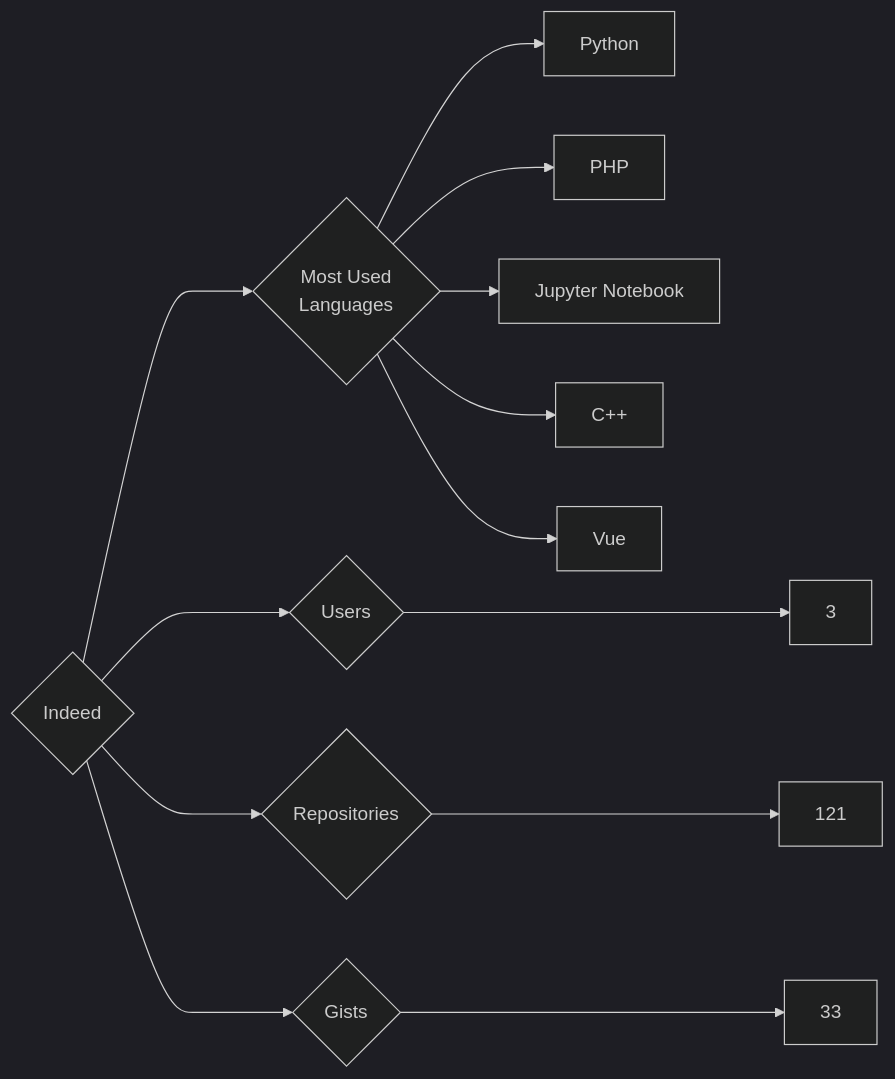
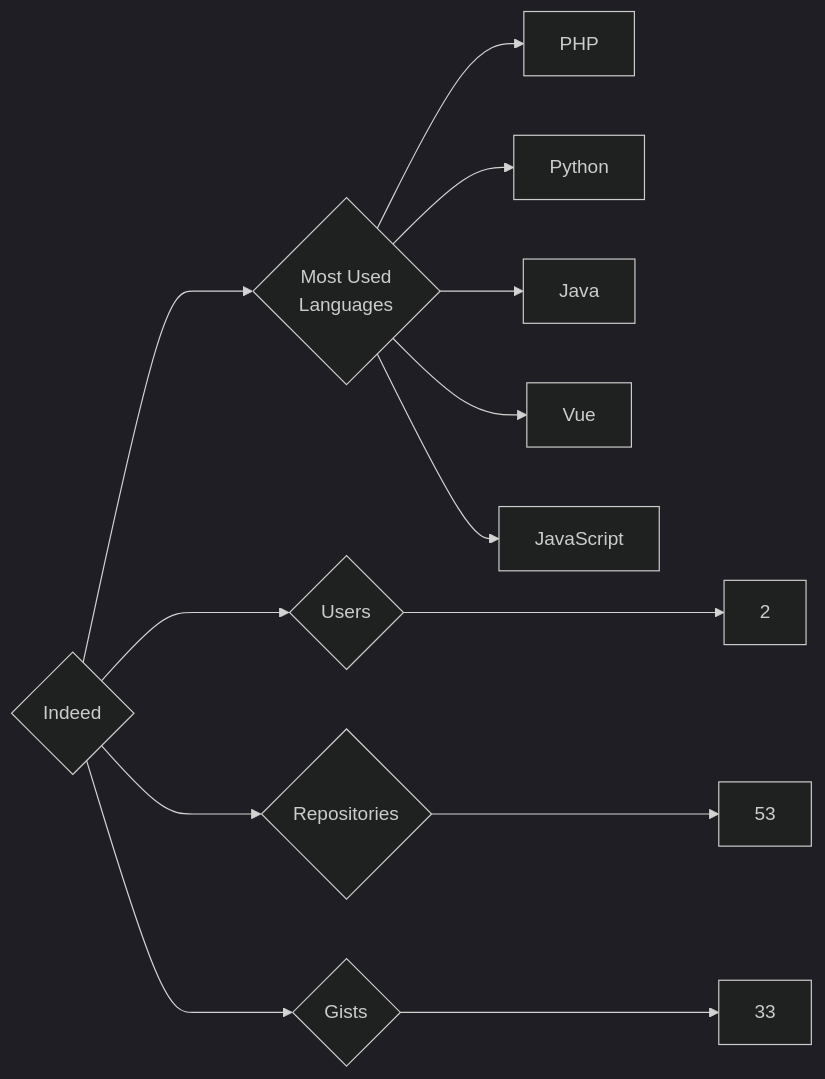
Before and after one commit to trickest/insiders: the diagram in targets/Indeed/README.md, drawn with Mermaid (dark theme). The commit also changed 942 other files, not shown here.

````diff
--- a/targets/Indeed/README.md
+++ b/targets/Indeed/README.md
@@ -3,13 +3,13 @@
 ```mermaid
 graph LR
 COMPANY_NAME{Indeed}
-COMPANY_NAME ---> U{Users} ---> UN[3]
-COMPANY_NAME ---> R{Repositories} ---> RN[121]
+COMPANY_NAME ---> U{Users} ---> UN[2]
+COMPANY_NAME ---> R{Repositories} ---> RN[53]
 COMPANY_NAME ---> G{Gists} ---> GN[33]
 COMPANY_NAME ---> ML{Most Used<br>Languages}
+ML --> PHP[PHP]
 ML --> Python[Python]
-ML --> PHP[PHP]
-ML --> Jupyter_Notebook[Jupyter Notebook]
-ML --> C++[C++]
+ML --> Java[Java]
 ML --> Vue[Vue]
+ML --> JavaScript[JavaScript]
 ```
````
